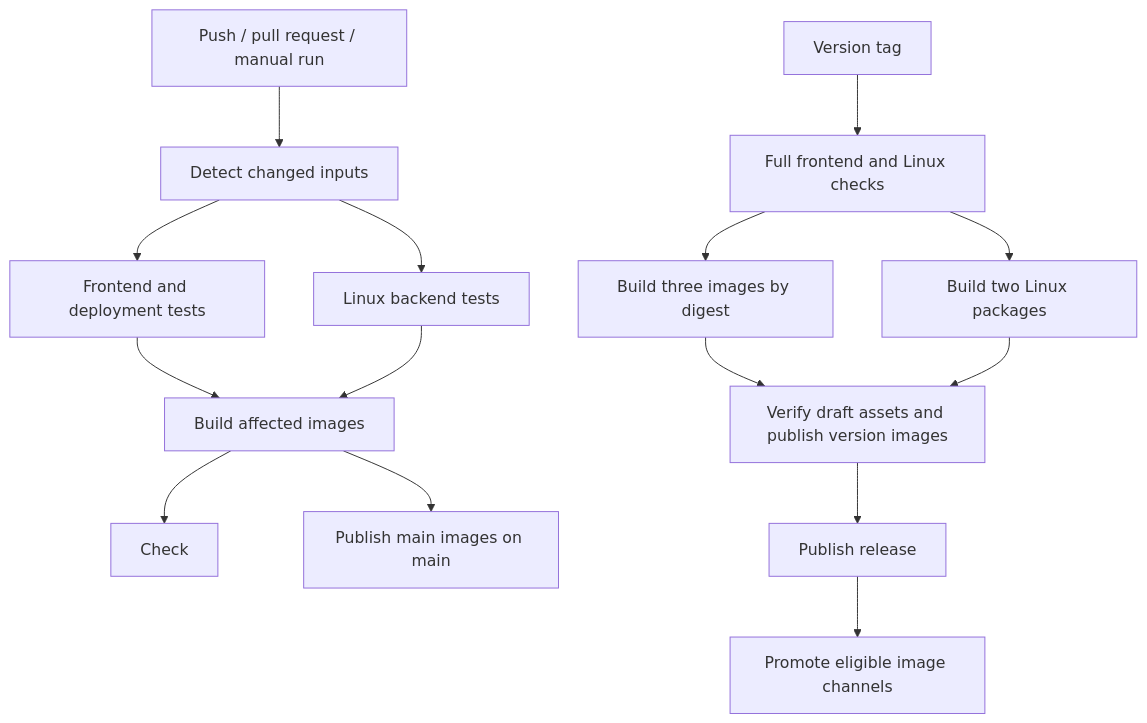
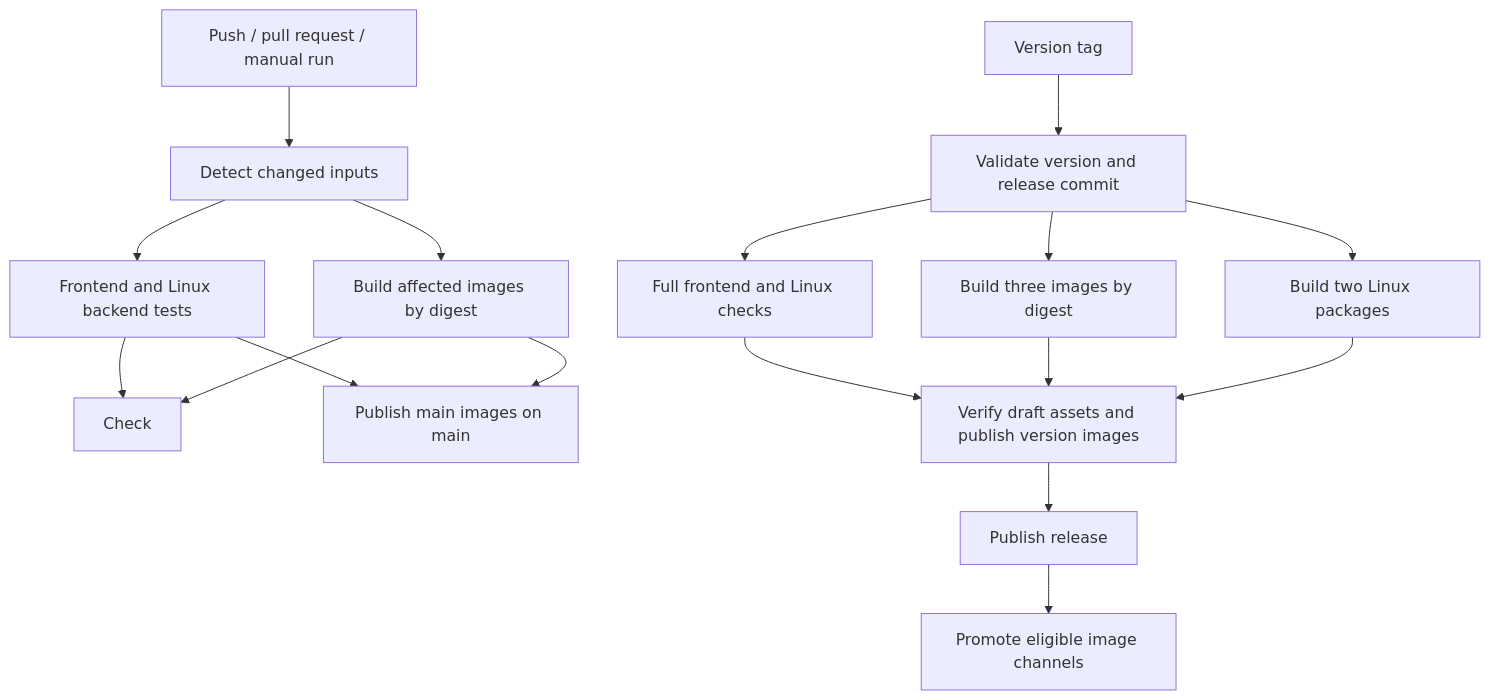
One commit to nianzhibai/91 changed the diagram in docs/WORKFLOWS.md. Above: the diagram before and after it, drawn with Mermaid. The commit also changed other lines of this file and 6 other files, not shown here.

First line of the commit message:
Build images alongside checks and diff pushes against the last success

````diff
--- a/docs/WORKFLOWS.md
+++ b/docs/WORKFLOWS.md
@@ -7,17 +9,19 @@
 ```mermaid
 flowchart TD
     A[Push / pull request / manual run] --> B[Detect changed inputs]
-    B --> C[Frontend and deployment tests]
-    B --> D[Linux backend tests]
-    C --> E[Build affected images]
+    B --> C[Frontend and Linux backend tests]
+    B --> D[Build affected images by digest]
+    C --> E[Check]
     D --> E
-    E --> F[Check]
-    E --> G[Publish main images on main]
-    T[Version tag] --> U[Full frontend and Linux checks]
-    U --> V[Build three images by digest]
-    U --> W[Build two Linux packages]
-    V --> X[Verify draft assets and publish version images]
+    C --> G[Publish main images on main]
+    D --> G
+    T[Version tag] --> P[Validate version and release commit]
+    P --> U[Full frontend and Linux checks]
+    P --> V[Build three images by digest]
+    P --> W[Build two Linux packages]
+    U --> X[Verify draft assets and publish version images]
+    V --> X
     W --> X
     X --> Y[Publish release]
     Y --> Z[Promote eligible image channels]
 ```
````
